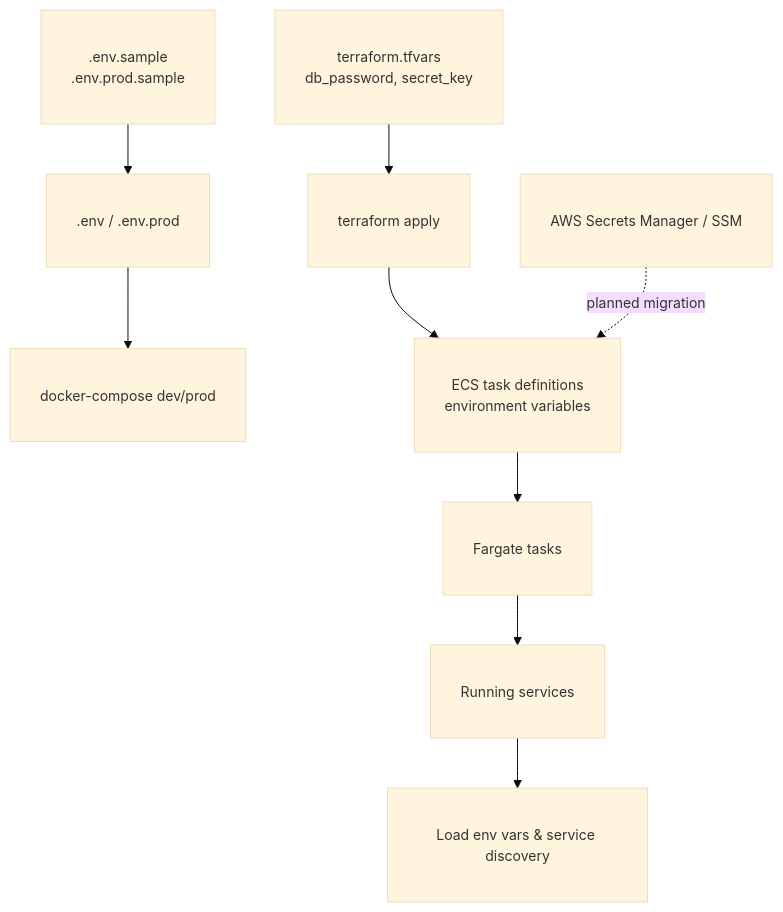
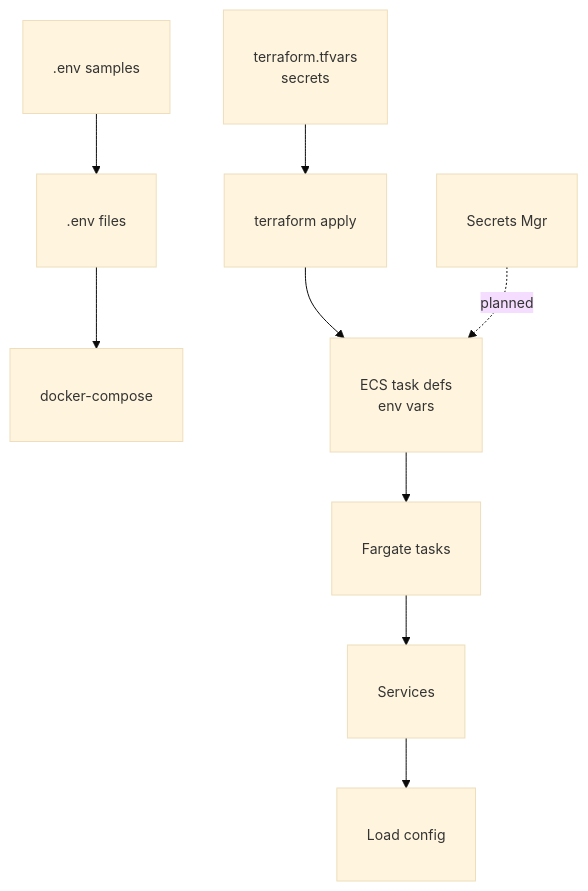
Before and after one commit to JoanneHing/cs3219-ay2526s1-project-g19: the fifth of 8 diagrams in docs/p1_deploy.md, drawn with Mermaid. The commit also changed other lines of this file, not shown here.

````diff
--- a/docs/p1_deploy.md
+++ b/docs/p1_deploy.md
@@ -169,18 +169,18 @@
 ```mermaid
 %%{init: {'theme':'base', 'themeVariables': {'fontSize':'14px'}}}%%
 graph TD
-  Samples[".env.sample<br/>.env.prod.sample"] --> LocalEnv[".env / .env.prod"]
-  LocalEnv --> ComposeEnv["docker-compose dev/prod"]
+  Samples[".env samples"] --> LocalEnv[".env files"]
+  LocalEnv --> ComposeEnv["docker-compose"]
 
-  TFVars["terraform.tfvars<br/>db_password, secret_key"] --> TerraformApply["terraform apply"]
-  TerraformApply --> TaskDefs["ECS task definitions<br/>environment variables"]
+  TFVars["terraform.tfvars<br/>secrets"] --> TerraformApply["terraform apply"]
+  TerraformApply --> TaskDefs["ECS task defs<br/>env vars"]
   TaskDefs --> FargateTasks["Fargate tasks"]
 
-  FargateTasks --> Services["Running services"]
-  Services --> Usage["Load env vars & service discovery"]
+  FargateTasks --> Services["Services"]
+  Services --> Usage["Load config"]
 
-  SecretsMgr["AWS Secrets Manager / SSM"] -. planned migration .-> TaskDefs
+  SecretsMgr["Secrets Mgr"] -. planned .-> TaskDefs
 
   classDef wider padding:10px
   class Samples,LocalEnv,ComposeEnv,TFVars,TerraformApply,TaskDefs,FargateTasks,Services,Usage,SecretsMgr wider
 ```
````
